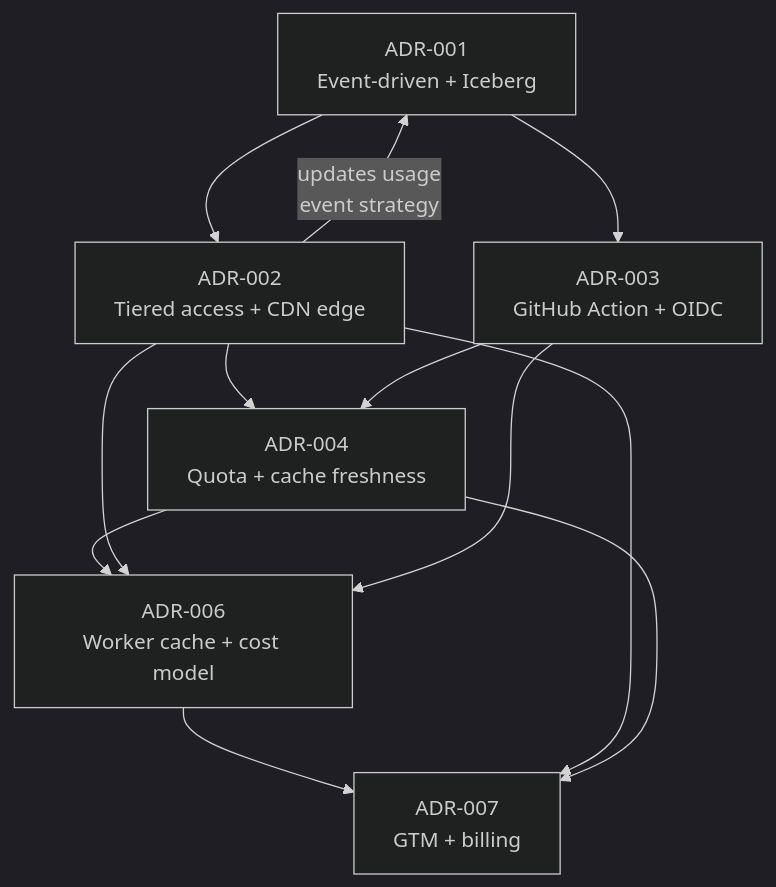
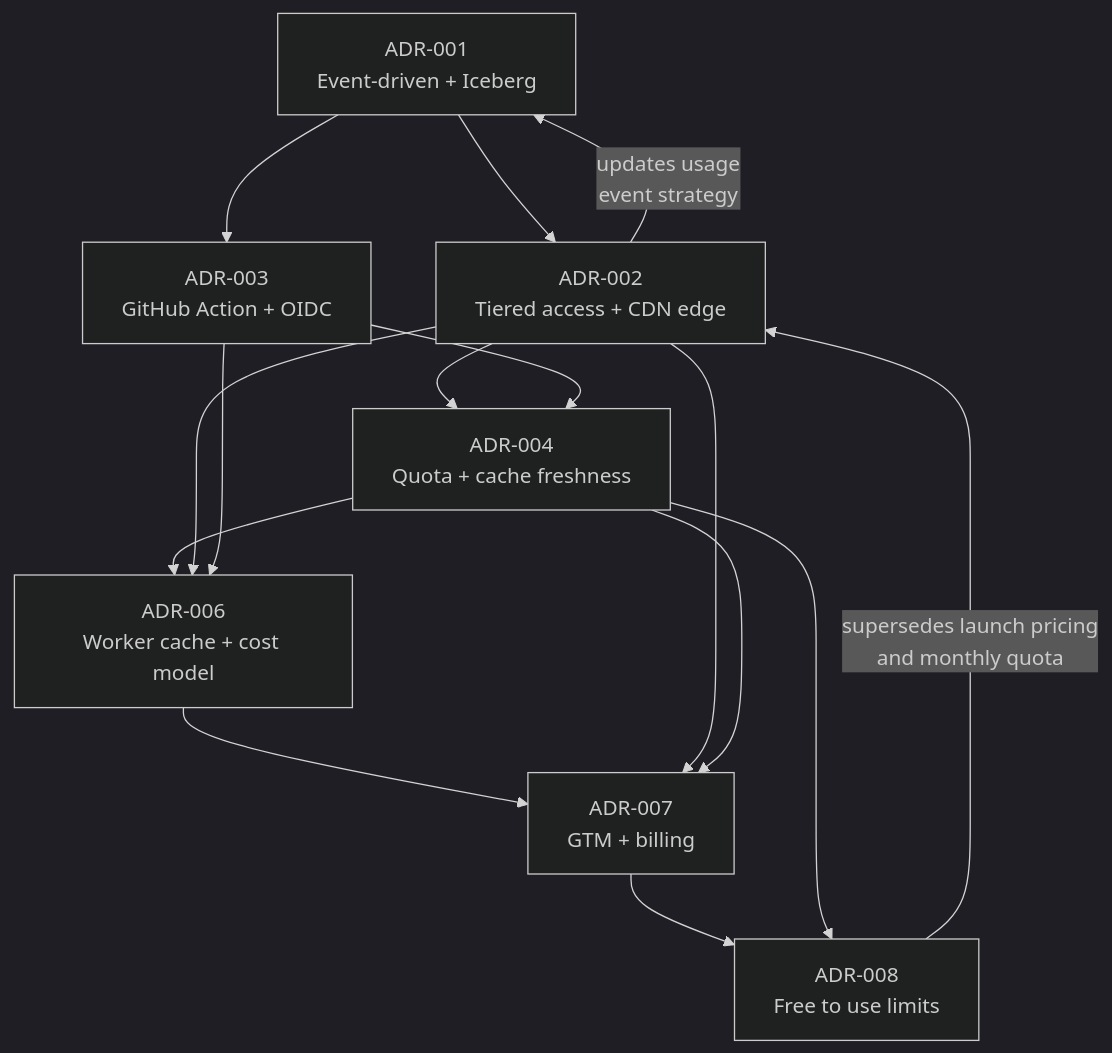
One commit to isitalive/isitalive changed the diagram in docs/adr/005-architecture-summary.md. Above: the diagram before and after it, drawn with Mermaid (dark theme). The commit also changed other lines of this file and 37 other files, not shown here.

Commit message:
Remove pricing and switch to free access limits

````diff
--- a/docs/adr/005-architecture-summary.md
+++ b/docs/adr/005-architecture-summary.md
@@ -59,14 +63,17 @@
 ```mermaid
 graph TD
     A["ADR-001<br/>Event-driven + Iceberg"] --> B["ADR-002<br/>Tiered access + CDN edge"]
     A --> C["ADR-003<br/>GitHub Action + OIDC"]
     B --> D["ADR-004<br/>Quota + cache freshness"]
     C --> D
     B -->|"updates usage<br/>event strategy"| A
     D --> E["ADR-006<br/>Worker cache + cost model"]
     B --> E
     C --> E
     E --> F["ADR-007<br/>GTM + billing"]
     B --> F
     D --> F
+    F --> G["ADR-008<br/>Free to use limits"]
+    D --> G
+    G -->|"supersedes launch pricing<br/>and monthly quota"| B
 ```
````
